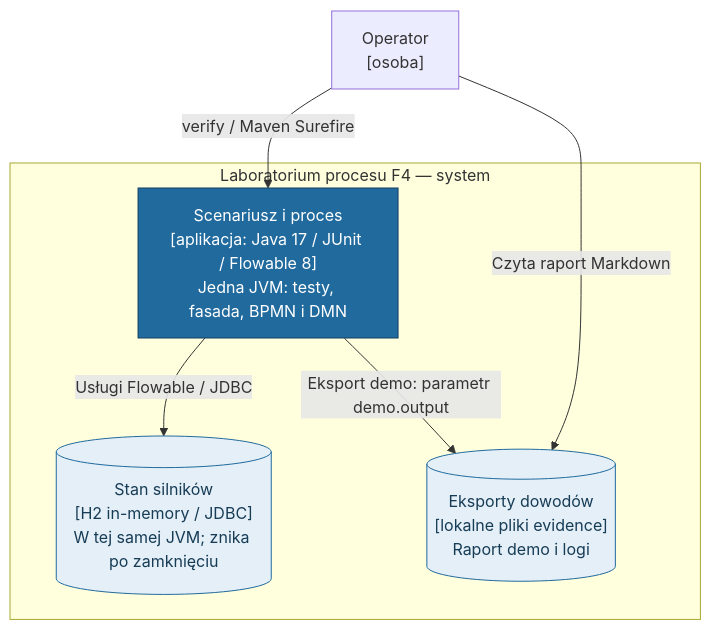
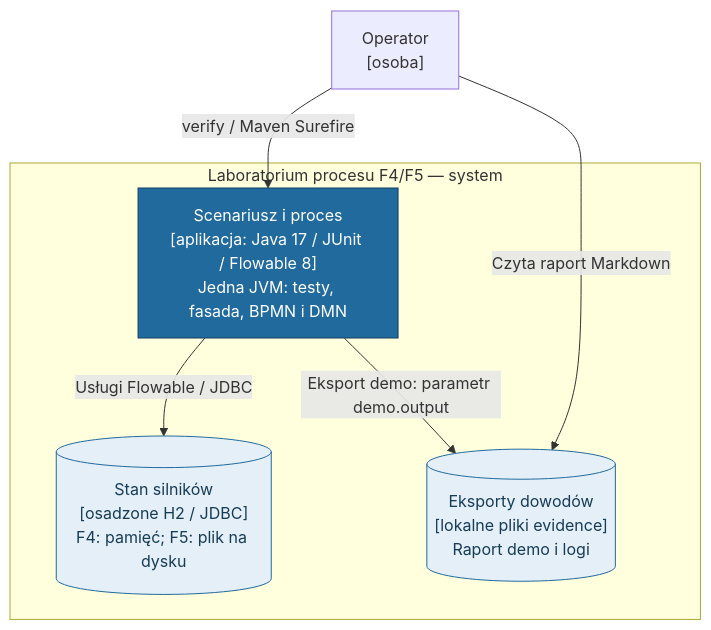
One commit to m1981/iso-template-agent changed the second of 8 diagrams in reference/process-map/flowable-trial/architecture.md. Above: the diagram before and after it, drawn with Mermaid. The commit also changed other lines of this file and 112 other files, not shown here.

````diff
--- a/reference/process-map/flowable-trial/architecture.md
+++ b/reference/process-map/flowable-trial/architecture.md
@@ -39,17 +39,17 @@
 ```mermaid
 flowchart TB
     U["Operator<br/>[osoba]"]
-    subgraph LAB["Laboratorium procesu F4 — system"]
+    subgraph LAB["Laboratorium procesu F4/F5 — system"]
         A["Scenariusz i proces<br/>[aplikacja: Java 17 / JUnit / Flowable 8]<br/>Jedna JVM: testy, fasada, BPMN i DMN"]
-        H[("Stan silników<br/>[H2 in-memory / JDBC]<br/>W tej samej JVM; znika po zamknięciu")]
+        H[("Stan silników<br/>[osadzone H2 / JDBC]<br/>F4: pamięć; F5: plik na dysku")]
         F[("Eksporty dowodów<br/>[lokalne pliki evidence]<br/>Raport demo i logi")]
         A -->|"Usługi Flowable / JDBC"| H
         A -->|"Eksport demo: parametr demo.output"| F
     end
     U -->|"verify / Maven Surefire"| A
     U -->|"Czyta raport Markdown"| F
     classDef app fill:#216a9e,color:#fff,stroke:#123e62
     classDef store fill:#e4eff7,color:#173c56,stroke:#216a9e
     class A app
     class H,F store
 ```
````
